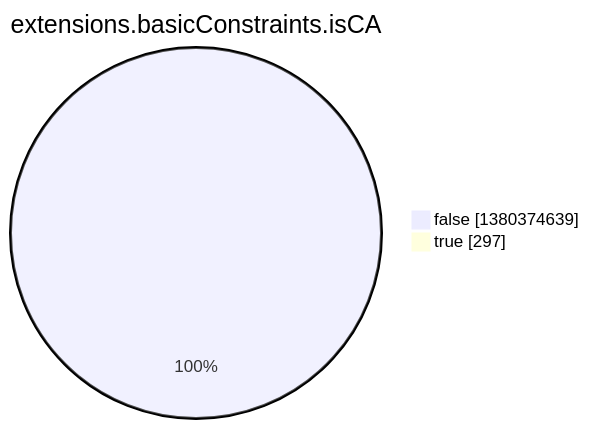
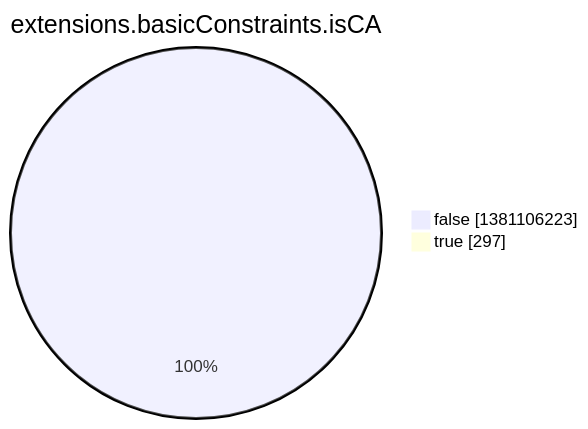
One commit to christiankrug/ctmonitor_visualization changed the eighth of 15 diagrams in argon2022/README.md. Above: the diagram before and after it, drawn with Mermaid. The commit also changed other lines of this file, not shown here.

````diff
--- a/argon2022/README.md
+++ b/argon2022/README.md
@@ -2759,6 +2759,6 @@
 ```mermaid
 pie showData
 title extensions.basicConstraints.isCA
-"false" :1380374639
+"false" :1381106223
 "true" :297
 ```
````
